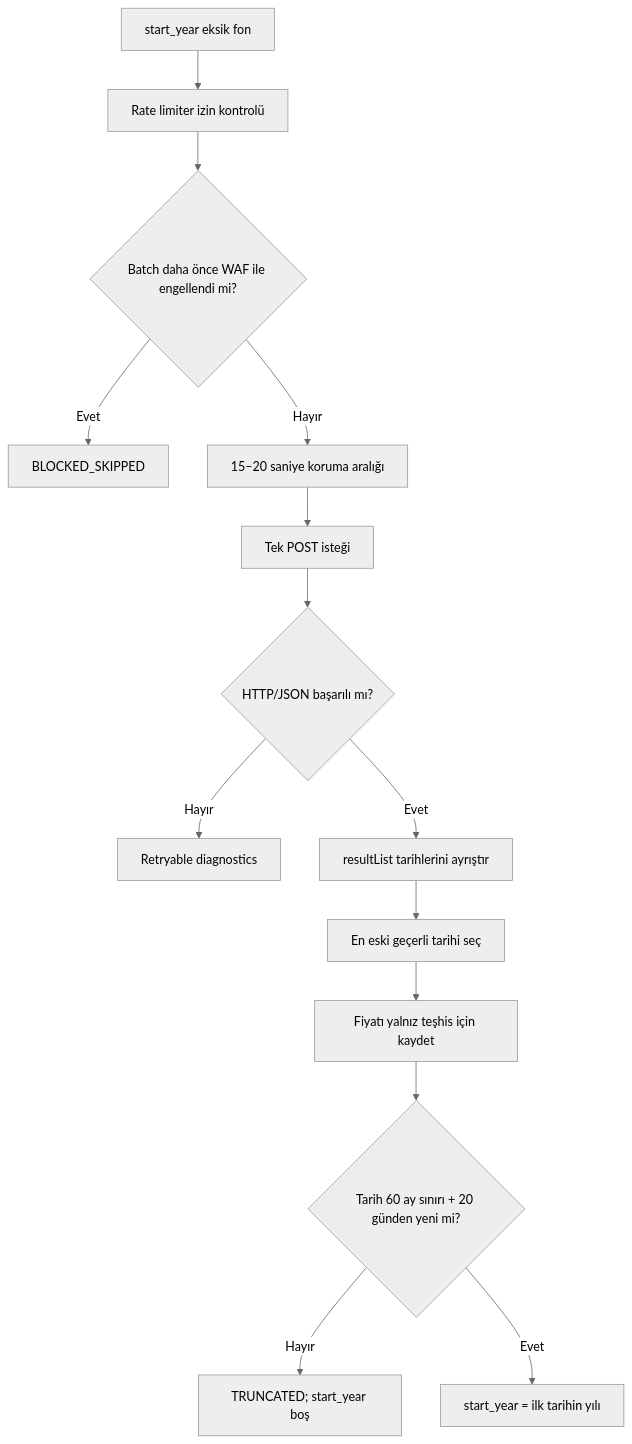
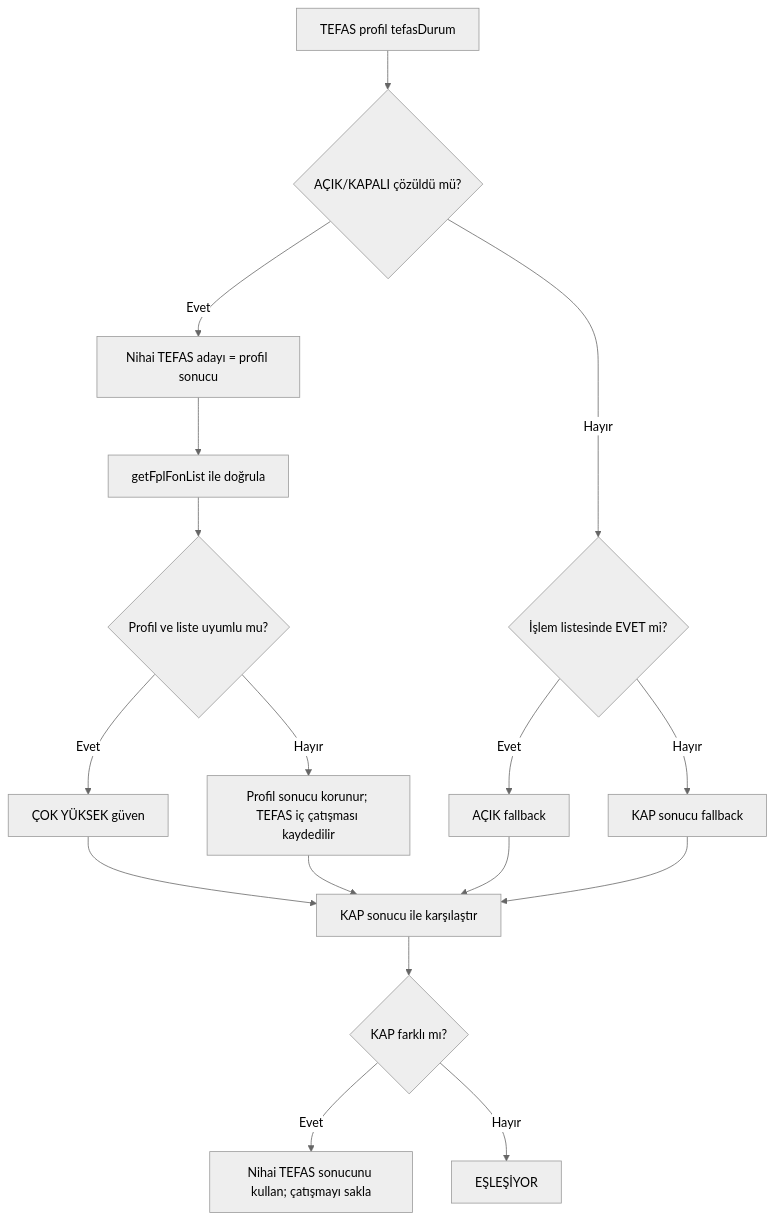
Before and after one commit to egemenkarabulut/PiyasaNabzi-KAP-YAT: the eighth of 19 diagrams in README.md, drawn with Mermaid (neutral theme). The commit also changed other lines of this file and 8 other files, not shown here.

````diff
--- a/README.md
+++ b/README.md
@@ -243,16 +356,19 @@
 ```mermaid
 flowchart TD
-    A["start_year eksik fon"] --> B["Rate limiter izin kontrolü"]
-    B --> C{"Batch daha önce WAF ile engellendi mi?"}
-    C -- "Evet" --> D["BLOCKED_SKIPPED"]
-    C -- "Hayır" --> E["15–20 saniye koruma aralığı"]
-    E --> F["Tek POST isteği"]
-    F --> G{"HTTP/JSON başarılı mı?"}
-    G -- "Hayır" --> H["Retryable diagnostics"]
-    G -- "Evet" --> I["resultList tarihlerini ayrıştır"]
-    I --> J["En eski geçerli tarihi seç"]
-    J --> K["Fiyatı yalnız teşhis için kaydet"]
-    K --> L{"Tarih 60 ay sınırı + 20 günden yeni mi?"}
-    L -- "Hayır" --> M["TRUNCATED; start_year boş"]
-    L -- "Evet" --> N["start_year = ilk tarihin yılı"]
+    A["TEFAS profil tefasDurum"] --> B{"AÇIK/KAPALI çözüldü mü?"}
+    B -- "Evet" --> C["Nihai TEFAS adayı = profil sonucu"]
+    C --> D["getFplFonList ile doğrula"]
+    D --> E{"Profil ve liste uyumlu mu?"}
+    E -- "Evet" --> F["ÇOK YÜKSEK güven"]
+    E -- "Hayır" --> G["Profil sonucu korunur; TEFAS iç çatışması kaydedilir"]
+    B -- "Hayır" --> H{"İşlem listesinde EVET mi?"}
+    H -- "Evet" --> I["AÇIK fallback"]
+    H -- "Hayır" --> J["KAP sonucu fallback"]
+    F --> K["KAP sonucu ile karşılaştır"]
+    G --> K
+    I --> K
+    J --> K
+    K --> L{"KAP farklı mı?"}
+    L -- "Evet" --> M["Nihai TEFAS sonucunu kullan; çatışmayı sakla"]
+    L -- "Hayır" --> N["EŞLEŞİYOR"]
 ```
````
